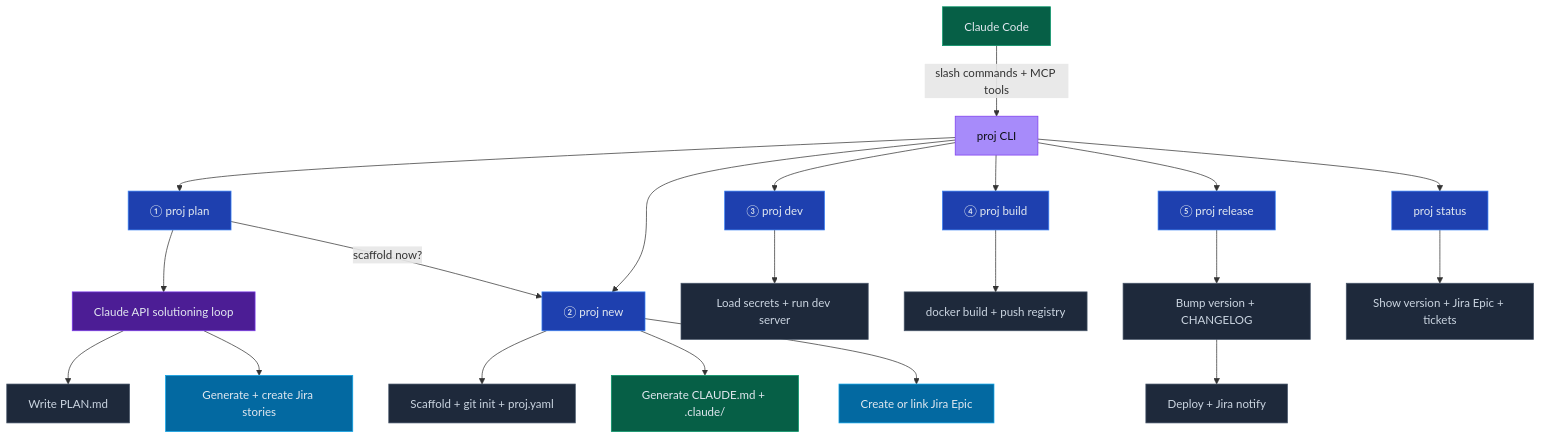
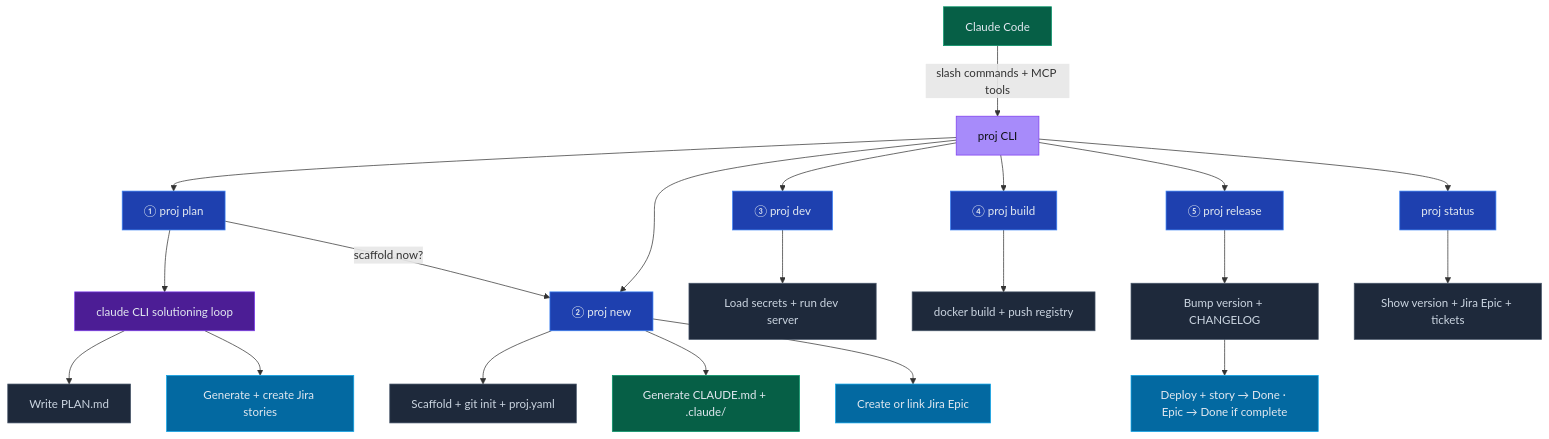
Before and after one commit to erosrage/Athena: the first of 7 diagrams in README.md, drawn with Mermaid. The commit also changed other lines of this file and 1 other file, not shown here.

First line of the commit message:
docs: update all Mermaid diagrams to current state

````diff
--- a/README.md
+++ b/README.md
@@ -11,30 +11,30 @@
 ```mermaid
 flowchart TD
     CC["Claude Code"]:::claude
     CLI["proj CLI"]:::entry
     CC -->|"slash commands + MCP tools"| CLI
     CLI --> PLAN["① proj plan"]:::stage
     CLI --> NEW["② proj new"]:::stage
     CLI --> DEV["③ proj dev"]:::stage
     CLI --> BUILD["④ proj build"]:::stage
     CLI --> RELEASE["⑤ proj release"]:::stage
     CLI --> STATUS["proj status"]:::stage
-    PLAN --> LLM["Claude API solutioning loop"]:::llm
+    PLAN --> LLM["claude CLI solutioning loop"]:::llm
     LLM --> PM["Write PLAN.md"]:::action
     LLM --> J4["Generate + create Jira stories"]:::jira
     PLAN -->|"scaffold now?"| NEW
     NEW --> S["Scaffold + git init + proj.yaml"]:::action
     NEW --> CG["Generate CLAUDE.md + .claude/"]:::claude
     NEW --> J1["Create or link Jira Epic"]:::jira
     DEV --> ENV["Load secrets + run dev server"]:::action
     BUILD --> PUSH["docker build + push registry"]:::action
     RELEASE --> VER["Bump version + CHANGELOG"]:::action
-    VER --> DEPLOY["Deploy + Jira notify"]:::action
+    VER --> DEPLOY["Deploy + story → Done · Epic → Done if complete"]:::jira
     STATUS --> JS["Show version + Jira Epic + tickets"]:::action
     classDef entry fill:#a78bfa,stroke:#7c3aed,color:#0f1117
     classDef stage fill:#1e40af,stroke:#3b82f6,color:#e2e8f0
     classDef action fill:#1e293b,stroke:#475569,color:#cbd5e1
     classDef claude fill:#065f46,stroke:#059669,color:#e2e8f0
     classDef jira fill:#0369a1,stroke:#0ea5e9,color:#e2e8f0
     classDef llm fill:#4c1d95,stroke:#7c3aed,color:#e2e8f0
 ```
````
